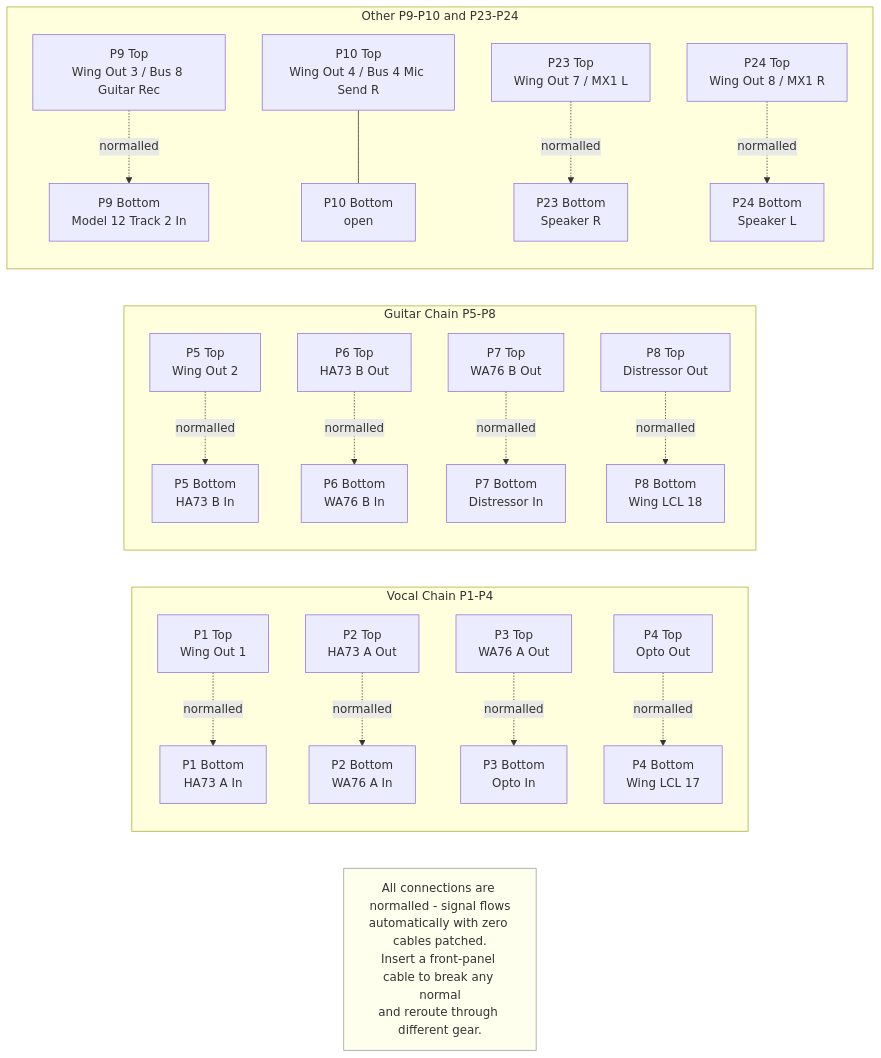
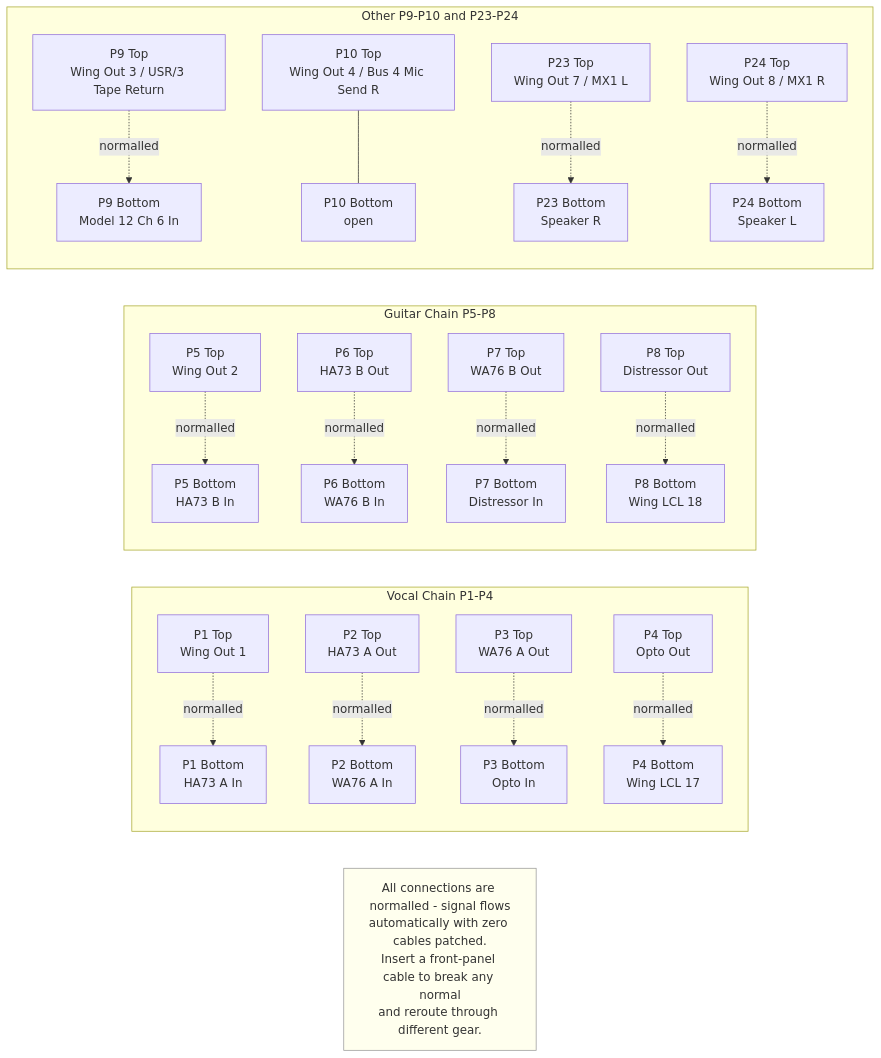
One commit to ldenman/studio-setup changed the eighth of 21 diagrams in docs/diagrams.md. Above: the diagram before and after it, drawn with Mermaid. The commit also changed other lines of this file and 1 other file, not shown here.

First line of the commit message:
Update all diagrams for mix matrices and tape aux loop

````diff
--- a/docs/diagrams.md
+++ b/docs/diagrams.md
@@ -226,27 +336,27 @@
 ```mermaid
 graph LR
     subgraph Vocal Chain P1-P4
         P1T[P1 Top<br/>Wing Out 1] -.->|normalled| P1B[P1 Bottom<br/>HA73 A In]
         P2T[P2 Top<br/>HA73 A Out] -.->|normalled| P2B[P2 Bottom<br/>WA76 A In]
         P3T[P3 Top<br/>WA76 A Out] -.->|normalled| P3B[P3 Bottom<br/>Opto In]
         P4T[P4 Top<br/>Opto Out] -.->|normalled| P4B[P4 Bottom<br/>Wing LCL 17]
     end
 
     subgraph Guitar Chain P5-P8
         P5T[P5 Top<br/>Wing Out 2] -.->|normalled| P5B[P5 Bottom<br/>HA73 B In]
         P6T[P6 Top<br/>HA73 B Out] -.->|normalled| P6B[P6 Bottom<br/>WA76 B In]
         P7T[P7 Top<br/>WA76 B Out] -.->|normalled| P7B[P7 Bottom<br/>Distressor In]
         P8T[P8 Top<br/>Distressor Out] -.->|normalled| P8B[P8 Bottom<br/>Wing LCL 18]
     end
 
     subgraph Other P9-P10 and P23-P24
-        P9T[P9 Top<br/>Wing Out 3 / Bus 8 Guitar Rec] -.->|normalled| P9B[P9 Bottom<br/>Model 12 Track 2 In]
+        P9T[P9 Top<br/>Wing Out 3 / USR/3 Tape Return] -.->|normalled| P9B[P9 Bottom<br/>Model 12 Ch 6 In]
         P10T[P10 Top<br/>Wing Out 4 / Bus 4 Mic Send R] --- P10B[P10 Bottom<br/>open]
         P23T[P23 Top<br/>Wing Out 7 / MX1 L] -.->|normalled| P23B[P23 Bottom<br/>Speaker R]
         P24T[P24 Top<br/>Wing Out 8 / MX1 R] -.->|normalled| P24B[P24 Bottom<br/>Speaker L]
     end
 
     NOTE[All connections are normalled - signal flows<br/>automatically with zero cables patched.<br/>Insert a front-panel cable to break any normal<br/>and reroute through different gear.]
 
     style NOTE fill:#ffe,stroke:#999
 ```
````
